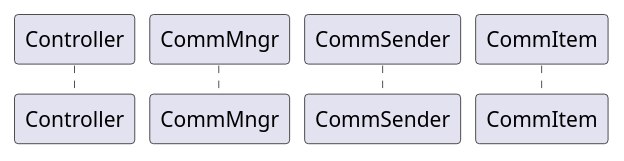
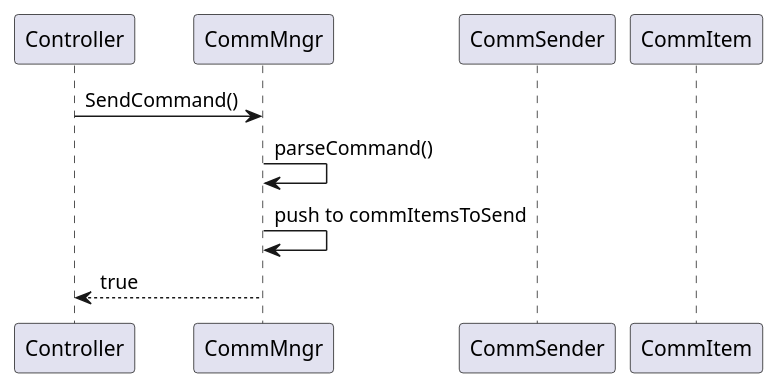
The diagram in ControlSW/Blueprint/sequences.puml (Hyuntae-Lee/DesignPattern), drawn with PlantUML before and after one commit.

```diff
--- a/ControlSW/Blueprint/sequences.puml
+++ b/ControlSW/Blueprint/sequences.puml
@@ -1,9 +1,15 @@
-@startuml Sequence Diagram for Send and Receive messages
+@startuml Sequence Diagram to send and receive
 
 participant Controller
 participant CommMngr
 participant CommSender
 participant CommItem
 
+Controller -> CommMngr : SendCommand()
+CommMngr -> CommMngr : parseCommand()
+CommMngr -> CommMngr : push to commItemsToSend
+
+CommMngr --> Controller : true
+
 
 @enduml
```
